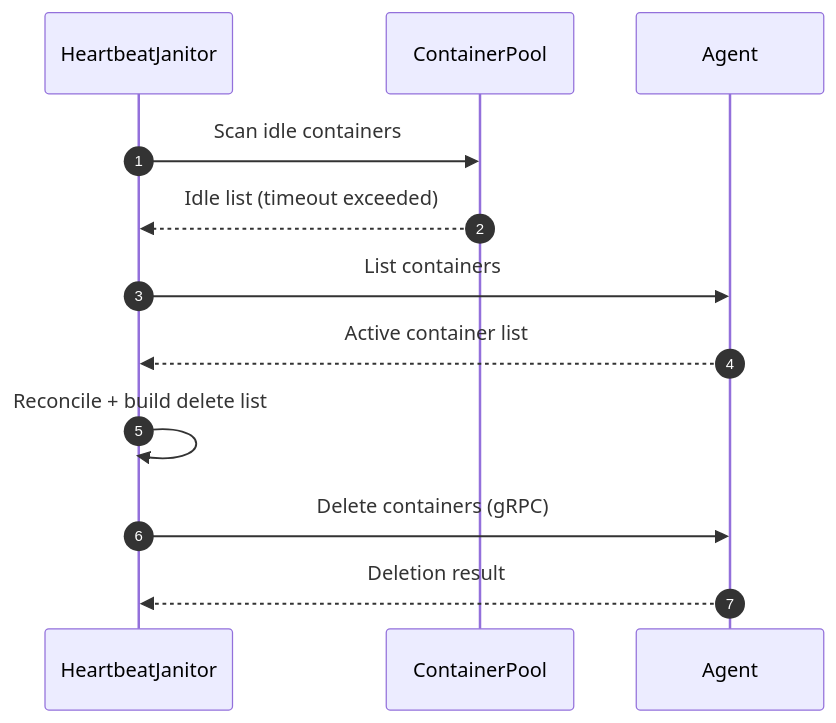
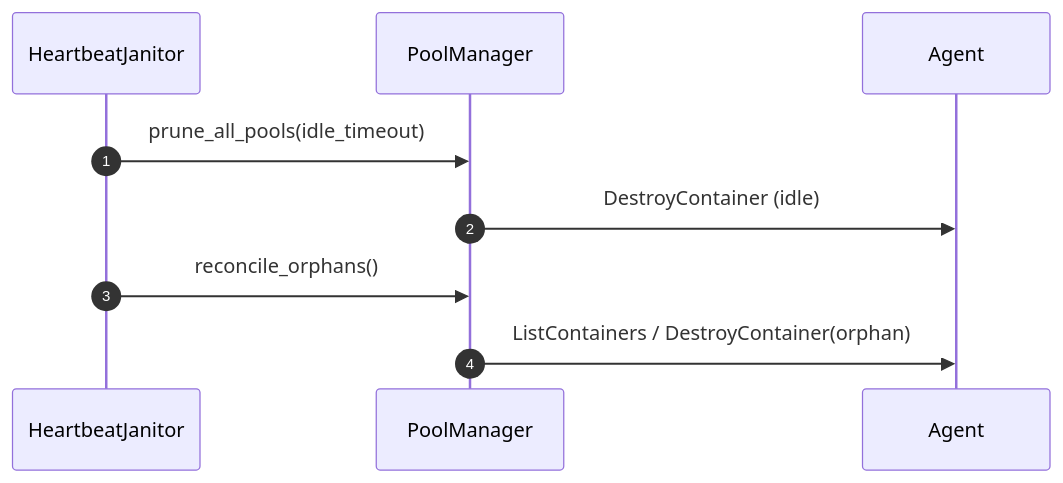
One commit to poruru-code/esb changed the second of 2 diagrams in services/gateway/docs/autoscaling.md. Above: the diagram before and after it, drawn with Mermaid. The commit also changed other lines of this file and 31 other files, not shown here.

````diff
--- a/services/gateway/docs/autoscaling.md
+++ b/services/gateway/docs/autoscaling.md
@@ -194,15 +49,12 @@
 ```mermaid
 sequenceDiagram
     autonumber
-    participant Janitor as HeartbeatJanitor
-    participant Pool as ContainerPool
-    participant Agent as Agent
+    participant J as HeartbeatJanitor
+    participant PM as PoolManager
+    participant AG as Agent
 
-    Janitor->>Pool: Scan idle containers
-    Pool-->>Janitor: Idle list (timeout exceeded)
-    Janitor->>Agent: List containers
-    Agent-->>Janitor: Active container list
-    Janitor->>Janitor: Reconcile + build delete list
-    Janitor->>Agent: Delete containers (gRPC)
-    Agent-->>Janitor: Deletion result
+    J->>PM: prune_all_pools(idle_timeout)
+    PM->>AG: DestroyContainer (idle)
+    J->>PM: reconcile_orphans()
+    PM->>AG: ListContainers / DestroyContainer(orphan)
 ```
````
